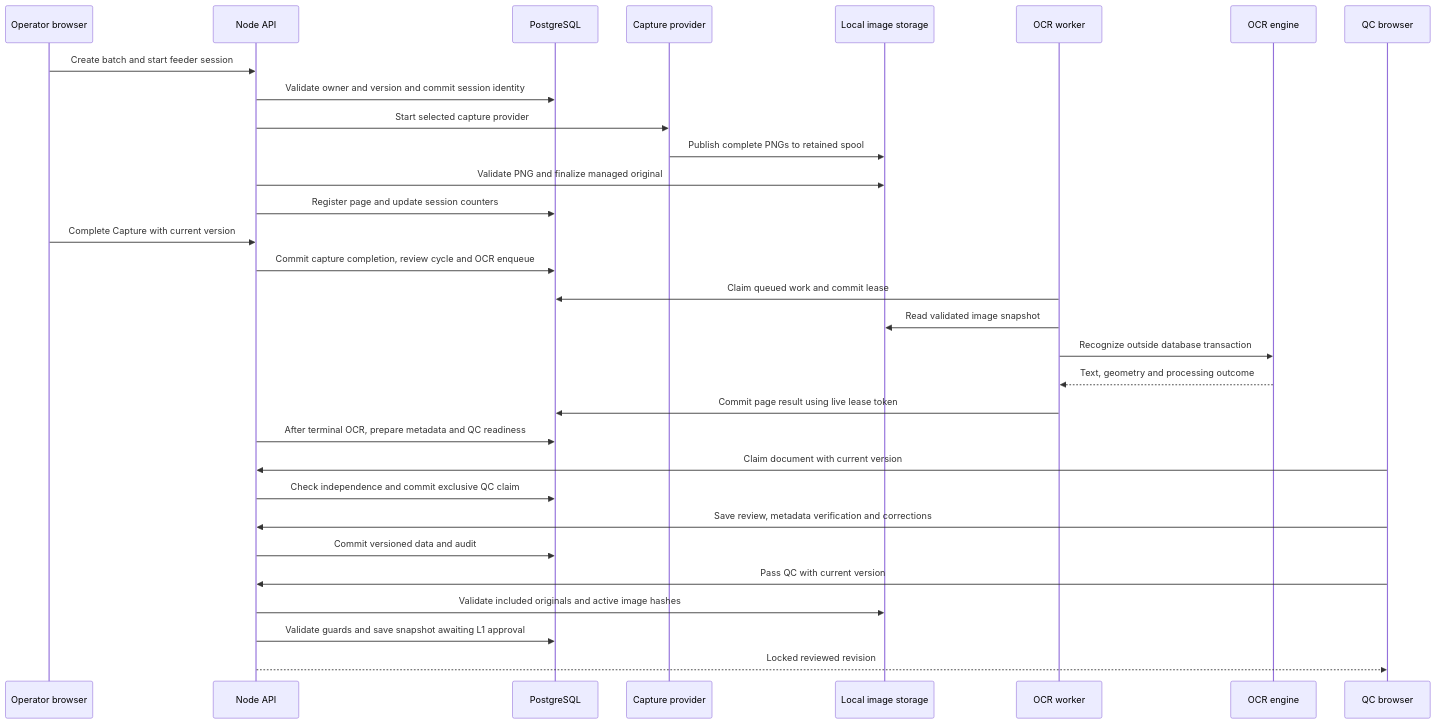
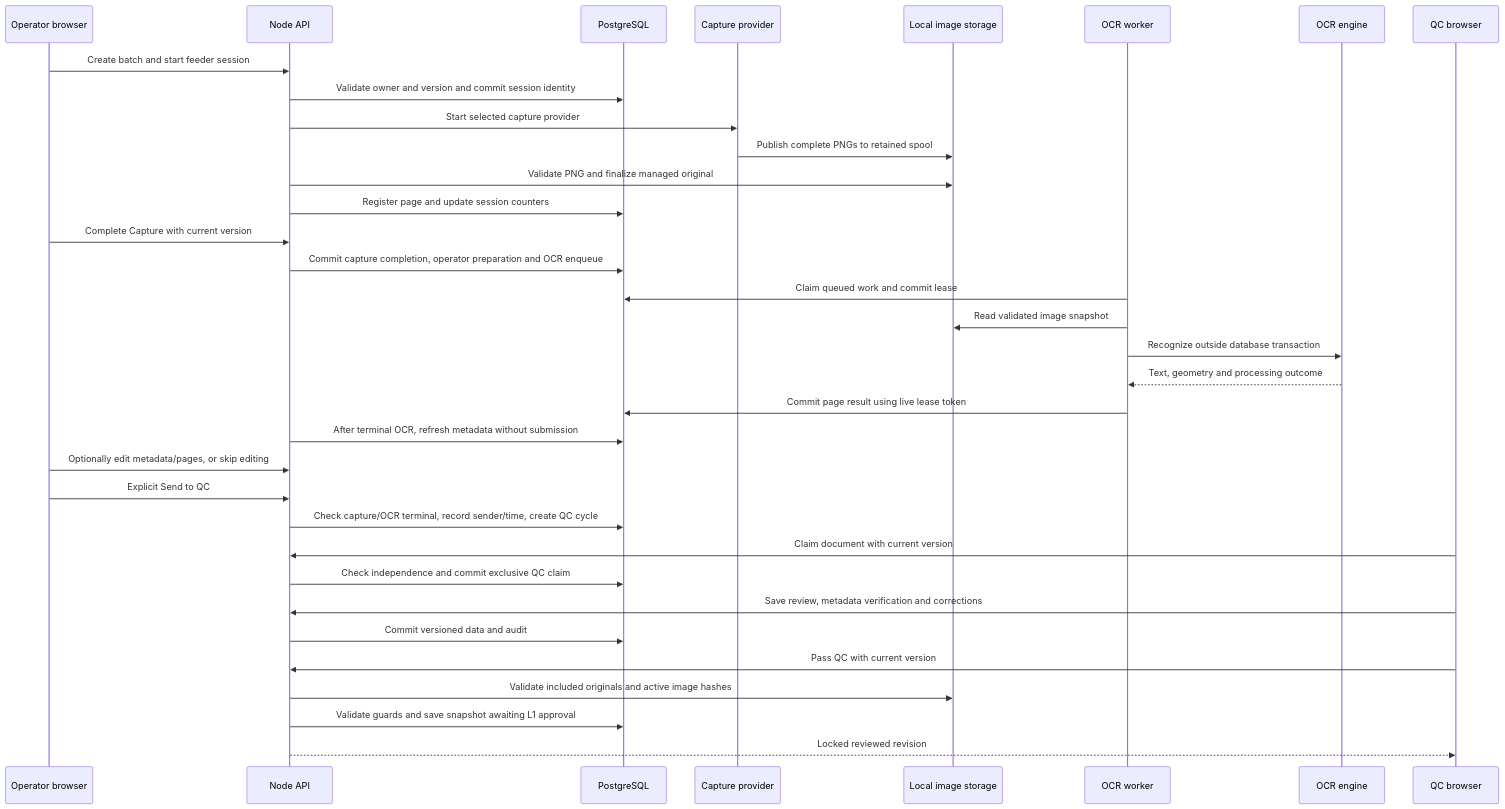
One commit to ravhirizaldi/digitalarch changed the third of 3 diagrams in DFD.md. Above: the diagram before and after it, drawn with Mermaid. The commit also changed other lines of this file and 38 other files, not shown here.

Commit message:
Add explicit QC handoff and refine operator workspaces

````diff
--- a/DFD.md
+++ b/DFD.md
@@ -104,34 +104,37 @@
 ```mermaid
 sequenceDiagram
     participant O as Operator browser
     participant A as Node API
     participant D as PostgreSQL
     participant C as Capture provider
     participant F as Local image storage
     participant W as OCR worker
     participant E as OCR engine
     participant Q as QC browser
 
     O->>A: Create batch and start feeder session
     A->>D: Validate owner and version and commit session identity
     A->>C: Start selected capture provider
     C->>F: Publish complete PNGs to retained spool
     A->>F: Validate PNG and finalize managed original
     A->>D: Register page and update session counters
     O->>A: Complete Capture with current version
-    A->>D: Commit capture completion, review cycle and OCR enqueue
+    A->>D: Commit capture completion, operator preparation and OCR enqueue
     W->>D: Claim queued work and commit lease
     W->>F: Read validated image snapshot
     W->>E: Recognize outside database transaction
     E-->>W: Text, geometry and processing outcome
     W->>D: Commit page result using live lease token
-    A->>D: After terminal OCR, prepare metadata and QC readiness
+    A->>D: After terminal OCR, refresh metadata without submission
+    O->>A: Optionally edit metadata/pages, or skip editing
+    O->>A: Explicit Send to QC
+    A->>D: Check capture/OCR terminal, record sender/time, create QC cycle
     Q->>A: Claim document with current version
     A->>D: Check independence and commit exclusive QC claim
     Q->>A: Save review, metadata verification and corrections
     A->>D: Commit versioned data and audit
     Q->>A: Pass QC with current version
     A->>F: Validate included originals and active image hashes
     A->>D: Validate guards and save snapshot awaiting L1 approval
     A-->>Q: Locked reviewed revision
 ```
````
